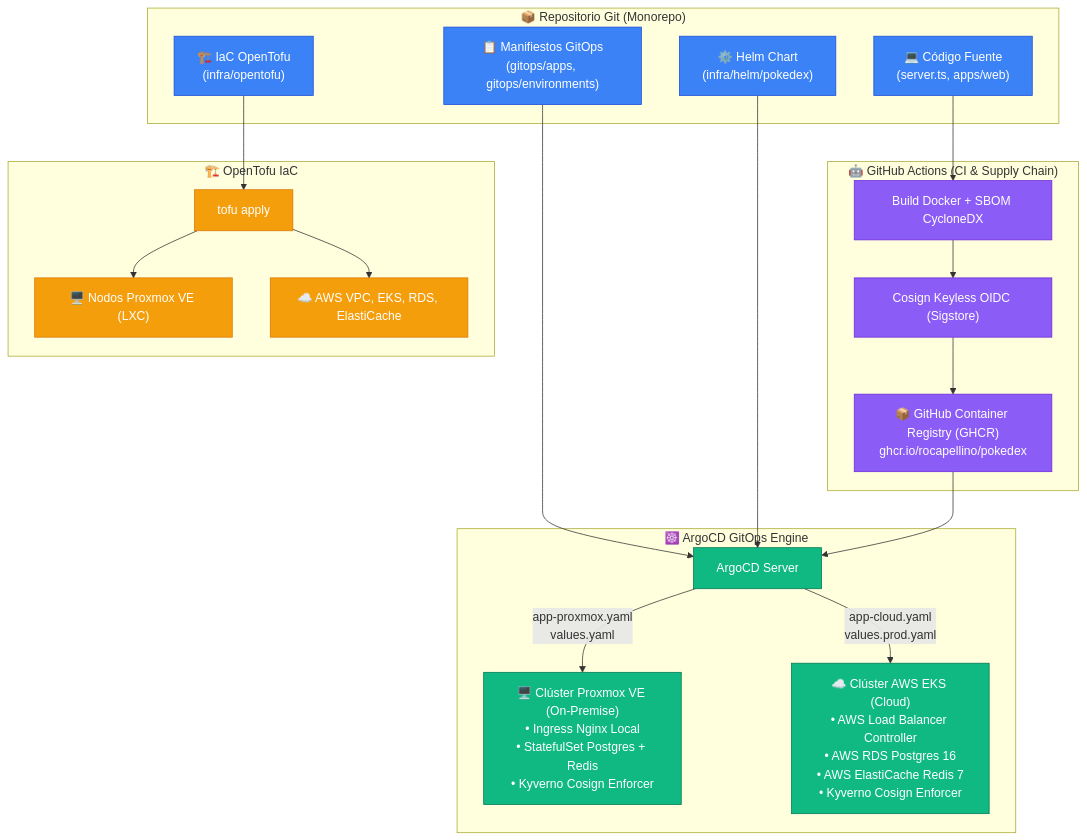
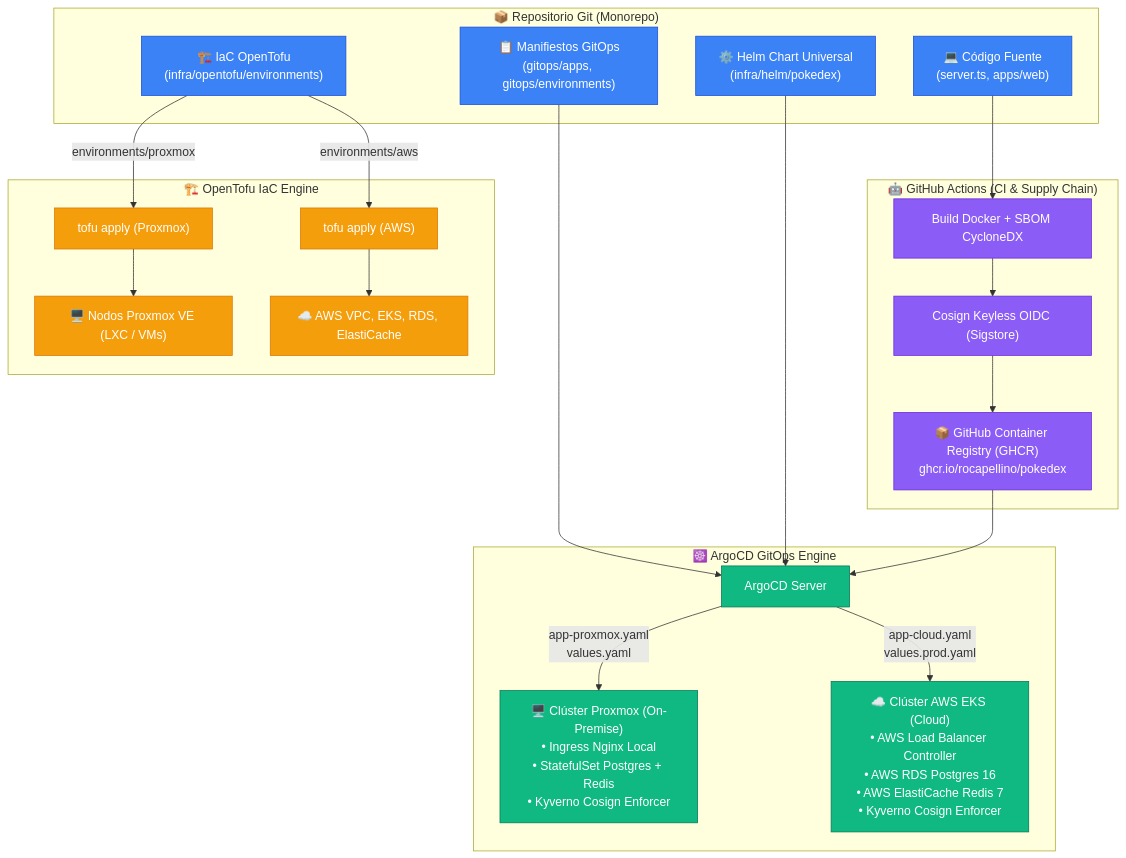
The diagram in docs/architecture/CLOUD_INFRASTRUCTURE_DESIGN.md (rocapellino/pokedex), drawn with Mermaid before and after one commit. The commit also changed other lines of this file and 1 other file, not shown here.

Commit message:
docs: formalize universal runtime policy and multi-backend architecture in CLOUD_INFRASTRUCTURE_DESIGN.md

````diff
--- a/docs/architecture/CLOUD_INFRASTRUCTURE_DESIGN.md
+++ b/docs/architecture/CLOUD_INFRASTRUCTURE_DESIGN.md
@@ -56,40 +98,41 @@
 ```mermaid
 flowchart TD
     subgraph SCM["📦 Repositorio Git (Monorepo)"]
         CODE["💻 Código Fuente\n(server.ts, apps/web)"]
-        HELM_CHART["⚙️ Helm Chart\n(infra/helm/pokedex)"]
+        HELM_CHART["⚙️ Helm Chart Universal\n(infra/helm/pokedex)"]
         GITOPS_DIR["📋 Manifiestos GitOps\n(gitops/apps, gitops/environments)"]
-        TOFU_DIR["🏗️ IaC OpenTofu\n(infra/opentofu)"]
+        TOFU_DIR["🏗️ IaC OpenTofu\n(infra/opentofu/environments)"]
     end
 
     subgraph CI_PIPELINE["🤖 GitHub Actions (CI & Supply Chain)"]
         CODE --> CI_BUILD["Build Docker + SBOM CycloneDX"]
         CI_BUILD --> COSIGN_SIGN["Cosign Keyless OIDC (Sigstore)"]
         COSIGN_SIGN --> GHCR["📦 GitHub Container Registry (GHCR)\nghcr.io/rocapellino/pokedex"]
     end
 
-    subgraph IAC_ENGINE["🏗️ OpenTofu IaC"]
-        TOFU_DIR --> TOFU_APPLY["tofu apply"]
-        TOFU_APPLY --> PROX_INFRA["🖥️ Nodos Proxmox VE (LXC)"]
-        TOFU_APPLY --> CLOUD_INFRA["☁️ AWS VPC, EKS, RDS, ElastiCache"]
+    subgraph IAC_ENGINE["🏗️ OpenTofu IaC Engine"]
+        TOFU_DIR -->|environments/proxmox| TOFU_PROX["tofu apply (Proxmox)"]
+        TOFU_DIR -->|environments/aws| TOFU_AWS["tofu apply (AWS)"]
+        TOFU_PROX --> PROX_INFRA["🖥️ Nodos Proxmox VE (LXC / VMs)"]
+        TOFU_AWS --> AWS_INFRA["☁️ AWS VPC, EKS, RDS, ElastiCache"]
     end
 
     subgraph GITOPS_SYNC["☸️ ArgoCD GitOps Engine"]
         GITOPS_DIR --> ARGO["ArgoCD Server"]
         HELM_CHART --> ARGO
         GHCR --> ARGO
         
-        ARGO -->|app-proxmox.yaml\nvalues.yaml| ENV_PROX["🖥️ Clúster Proxmox VE (On-Premise)\n• Ingress Nginx Local\n• StatefulSet Postgres + Redis\n• Kyverno Cosign Enforcer"]
-        ARGO -->|app-cloud.yaml\nvalues.prod.yaml| ENV_CLOUD["☁️ Clúster AWS EKS (Cloud)\n• AWS Load Balancer Controller\n• AWS RDS Postgres 16\n• AWS ElastiCache Redis 7\n• Kyverno Cosign Enforcer"]
+        ARGO -->|app-proxmox.yaml\nvalues.yaml| ENV_PROX["🖥️ Clúster Proxmox (On-Premise)\n• Ingress Nginx Local\n• StatefulSet Postgres + Redis\n• Kyverno Cosign Enforcer"]
+        ARGO -->|app-cloud.yaml\nvalues.prod.yaml| ENV_AWS["☁️ Clúster AWS EKS (Cloud)\n• AWS Load Balancer Controller\n• AWS RDS Postgres 16\n• AWS ElastiCache Redis 7\n• Kyverno Cosign Enforcer"]
     end
 
     classDef git fill:#3b82f6,stroke:#1d4ed8,color:#fff;
     classDef ci fill:#8b5cf6,stroke:#6d28d9,color:#fff;
     classDef iac fill:#f59e0b,stroke:#d97706,color:#fff;
     classDef gitops fill:#10b981,stroke:#047857,color:#fff;
 
     class CODE,HELM_CHART,GITOPS_DIR,TOFU_DIR git;
     class CI_BUILD,COSIGN_SIGN,GHCR ci;
-    class TOFU_APPLY,PROX_INFRA,CLOUD_INFRA iac;
-    class ARGO,ENV_PROX,ENV_CLOUD gitops;
+    class TOFU_PROX,TOFU_AWS,PROX_INFRA,AWS_INFRA iac;
+    class ARGO,ENV_PROX,ENV_AWS gitops;
 ```
````
